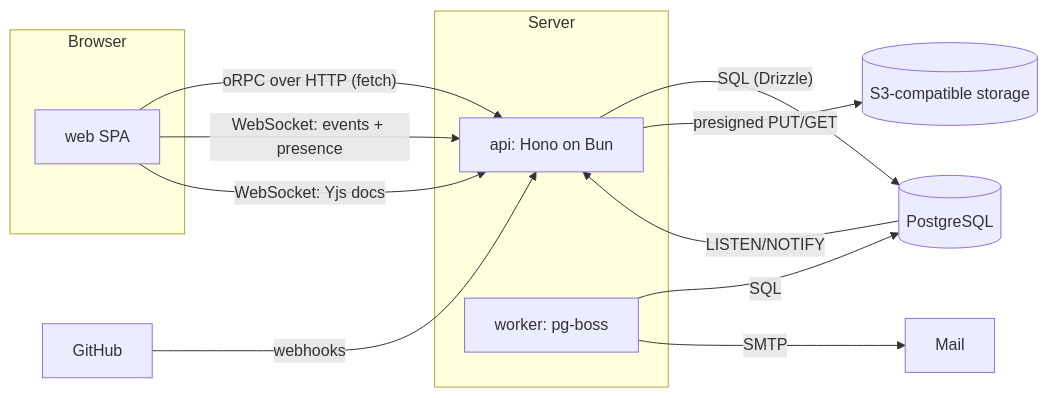
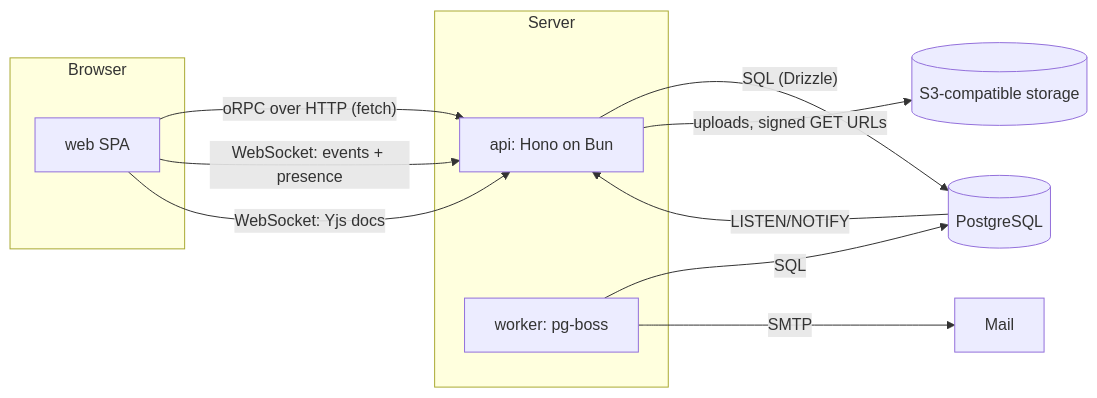
The diagram in docs/ARCHITECTURE.md (KhaledSaeed18/team-flow), drawn with Mermaid before and after one commit. The commit also changed other lines of this file and 2 other files, not shown here.

Commit message:
docs: public api milestone, and integrations out of scope for now

````diff
--- a/docs/ARCHITECTURE.md
+++ b/docs/ARCHITECTURE.md
@@ -27,19 +27,18 @@
 ```mermaid
 flowchart LR
   subgraph Browser
     SPA[web SPA]
   end
   SPA -- "oRPC over HTTP (fetch)" --> API
   SPA -- "WebSocket: events + presence" --> API
   SPA -- "WebSocket: Yjs docs" --> API
   subgraph Server
     API[api: Hono on Bun]
     W[worker: pg-boss]
   end
   API -- "SQL (Drizzle)" --> PG[(PostgreSQL)]
   W -- "SQL" --> PG
   PG -- "LISTEN/NOTIFY" --> API
-  API -- "presigned PUT/GET" --> S3[(S3-compatible storage)]
+  API -- "uploads, signed GET URLs" --> S3[(S3-compatible storage)]
   W -- SMTP --> MAIL[Mail]
-  GH[GitHub] -- webhooks --> API
 ```
````
